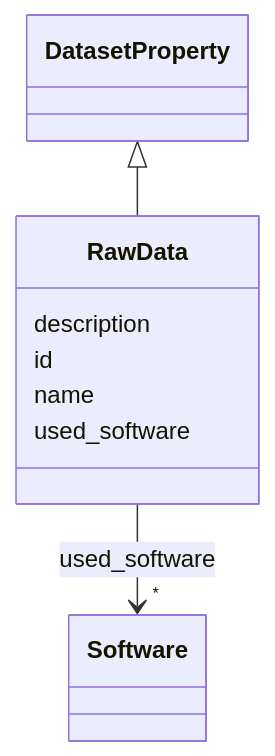
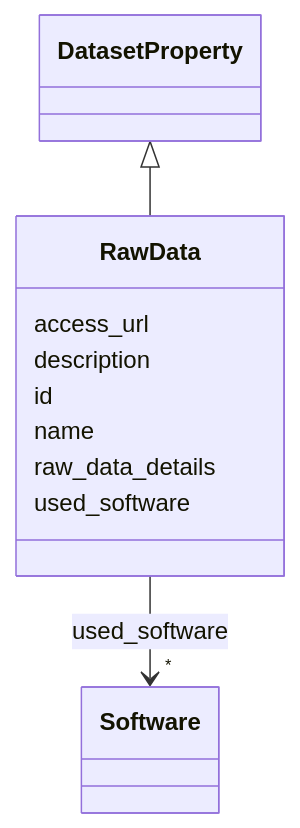
One commit to bridge2ai/data-sheets-schema changed the diagram in docs/RawData.md. Above: the diagram before and after it, drawn with Mermaid. The commit also changed other lines of this file and 682 other files, not shown here.

````diff
--- a/docs/RawData.md
+++ b/docs/RawData.md
@@ -20,26 +20,30 @@
 ```mermaid
  classDiagram
     class RawData
     click RawData href "../RawData/"
       DatasetProperty <|-- RawData
         click DatasetProperty href "../DatasetProperty/"
       
+      RawData : access_url
+        
       RawData : description
         
       RawData : id
         
       RawData : name
+        
+      RawData : raw_data_details
         
       RawData : used_software
         
           
     
         
         
         RawData --> "*" Software : used_software
         click Software href "../Software/"
     
 
         
       
 ```
````
